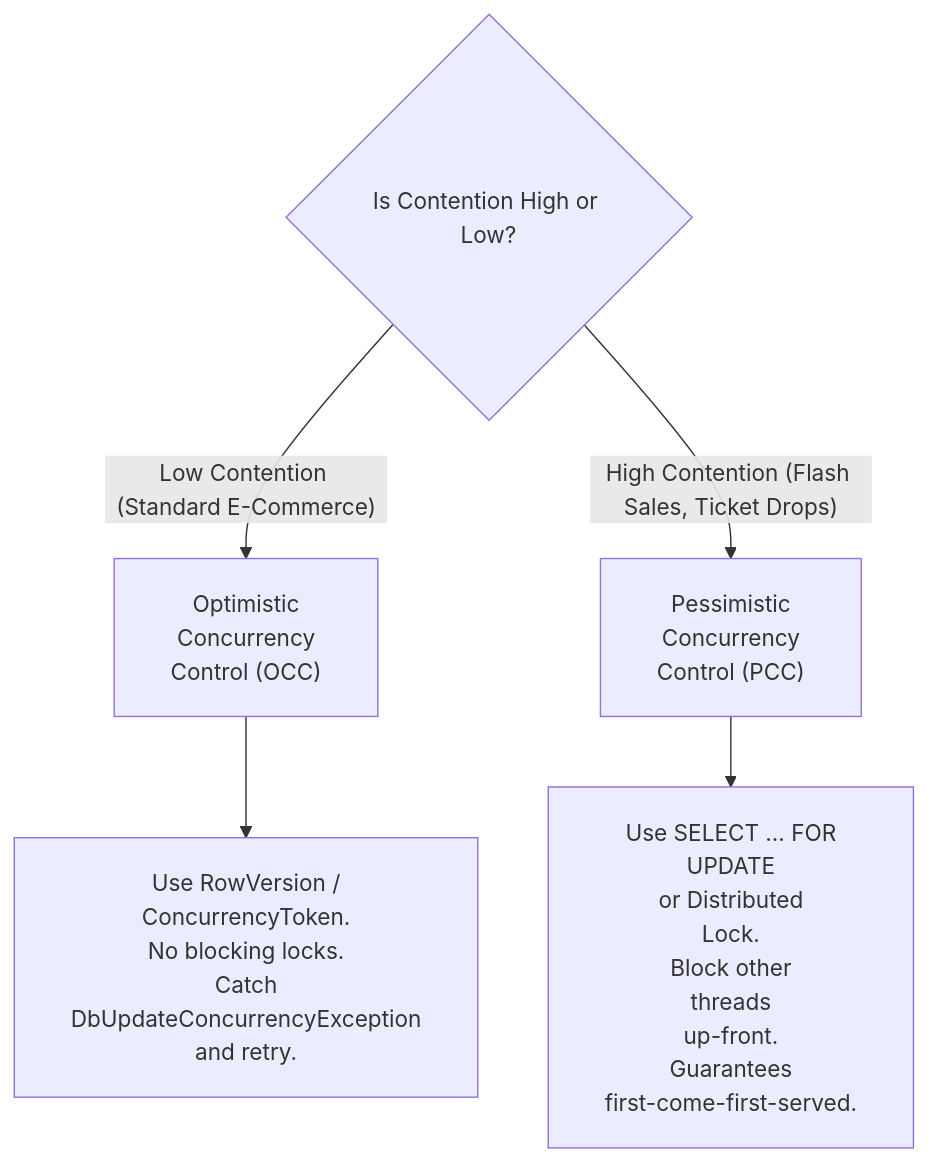
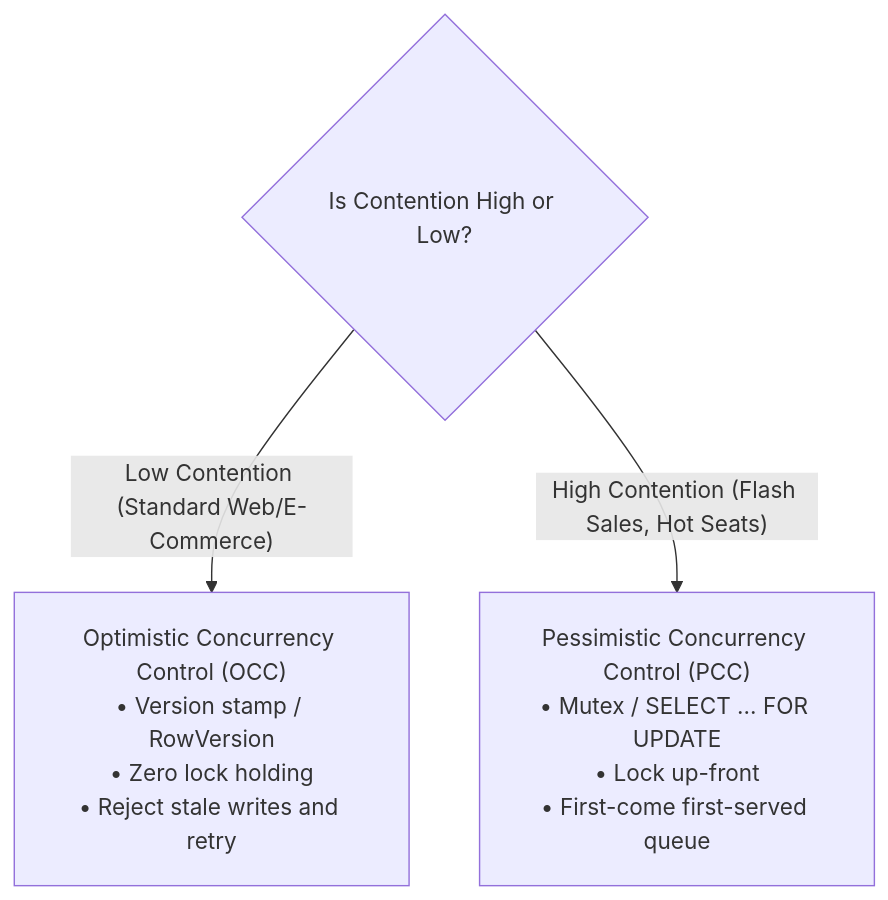
Before and after one commit to dip4k/DSA_102: the second of 2 diagrams in LLD/00_Core_Concepts/07_Concurrency_and_Synchronization_Patterns.md, drawn with Mermaid. The commit also changed other lines of this file and 50 other files, not shown here.

````diff
--- a/LLD/00_Core_Concepts/07_Concurrency_and_Synchronization_Patterns.md
+++ b/LLD/00_Core_Concepts/07_Concurrency_and_Synchronization_Patterns.md
@@ -114,10 +194,7 @@
 ```mermaid
 %%{init: {"flowchart": {"htmlLabels": true, "padding": 20}, "themeCSS": "foreignObject { overflow: visible !important; }"}}%%
 flowchart TD
     Q{"Is Contention High or Low?"}
-    Q -->|"Low Contention (Standard E-Commerce)"| OCC["Optimistic<br/>Concurrency<br/>Control (OCC)"]
-    Q -->|"High Contention (Flash Sales, Ticket Drops)"| PCC["Pessimistic<br/>Concurrency<br/>Control (PCC)"]
-
-    OCC --> OCC_Details["Use RowVersion /<br/>ConcurrencyToken.<br/>No blocking locks.<br/>Catch<br/>DbUpdateConcurrencyException<br/>and retry."]
-    PCC --> PCC_Details["Use SELECT ... FOR<br/>UPDATE<br/>or Distributed<br/>Lock.<br/>Block other<br/>threads<br/>up-front.<br/>Guarantees<br/>first-come-first-served."]
+    Q -->|"Low Contention (Standard Web/E-Commerce)"| OCC["Optimistic Concurrency Control (OCC)<br/>• Version stamp / RowVersion<br/>• Zero lock holding<br/>• Reject stale writes and retry"]
+    Q -->|"High Contention (Flash Sales, Hot Seats)"| PCC["Pessimistic Concurrency Control (PCC)<br/>• Mutex / SELECT ... FOR UPDATE<br/>• Lock up-front<br/>• First-come first-served queue"]
 ```
````
